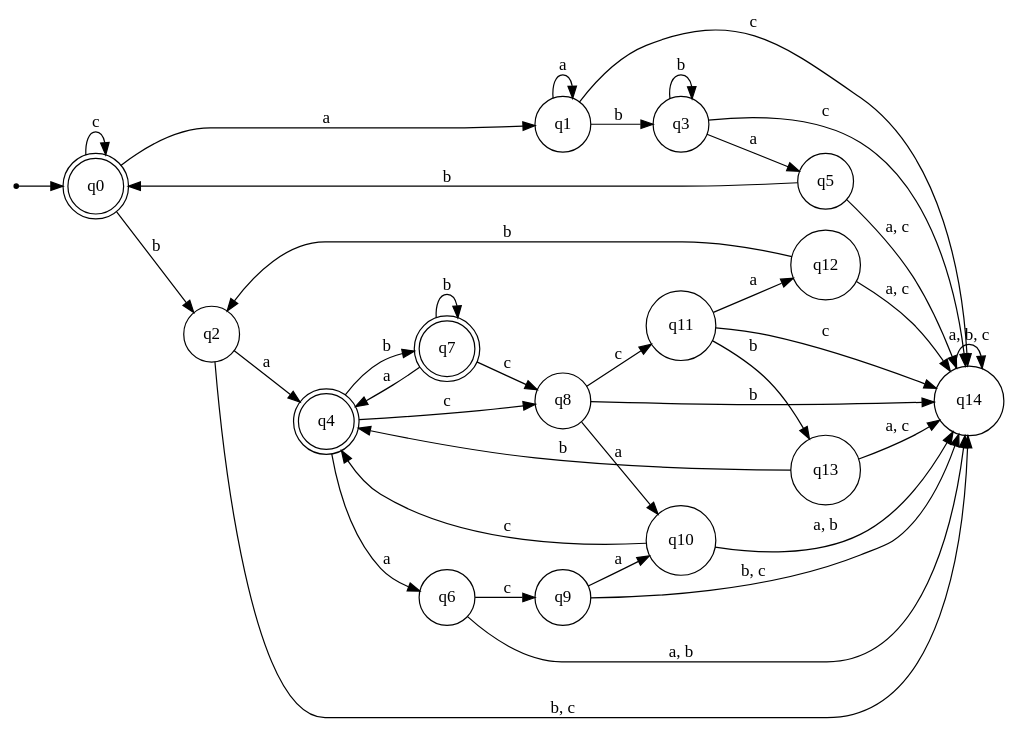
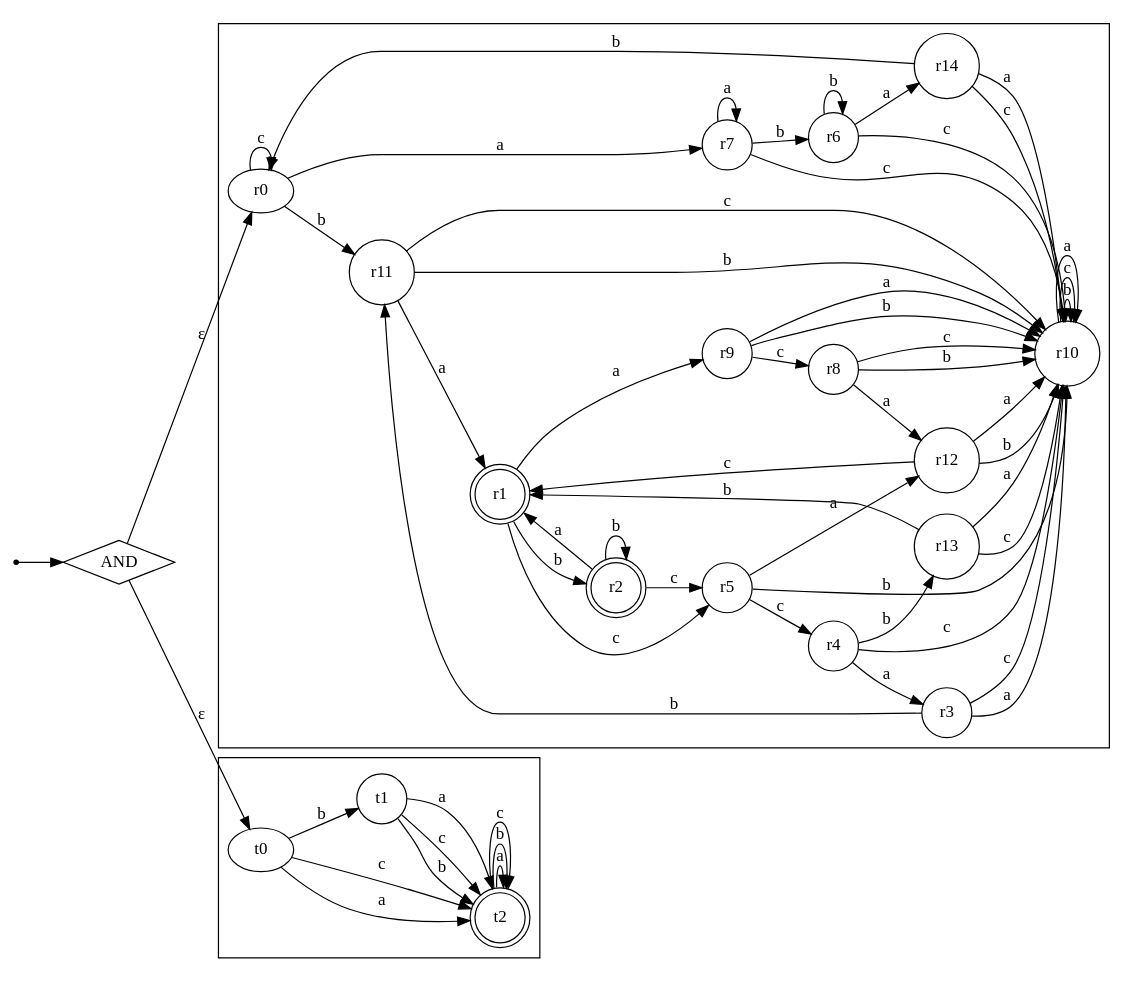
The diagram in lab2/pka.dot (grilzzz/tfl), drawn with Graphviz before and after one commit. The commit also changed 1 other file, not shown here.

```diff
--- a/lab2/pka.dot
+++ b/lab2/pka.dot
@@ -1,59 +1,101 @@
-digraph DFA {
+digraph PKA {
     rankdir=LR;
-    node [shape = doublecircle]; q0 q4 q7;
-    node [shape = circle];
 
-    qi [shape=point];
-    qi -> q0;
+    // Global start and conjunctive state
+    start [shape=point];
+    AND [shape=diamond, label="AND"];
+    start -> AND;
 
-    q0 -> q1  [label="a"];
-    q0 -> q2  [label="b"];
-    q0 -> q0  [label="c"];
+    // Epsilon-split into two DFAs
+    AND -> r0 [label="ε"];
+    AND -> t0 [label="ε"];
 
-    q1 -> q1  [label="a"];
-    q1 -> q3  [label="b"];
-    q1 -> q14 [label="c"];
+    // First component: minimal DFA for (aa*bb*ab | c*)*(ba(b | (c | ac)ac | cc(bb | aba))*)*
+    subgraph cluster_regex {
+        
+        node [shape=doublecircle]; r0 r1 r2;
+        node [shape=circle];
 
-    q2 -> q4  [label="a"];
-    q2 -> q14 [label="b, c"];
+        r0 -> r11 [label="b"];
+        r0 -> r0  [label="c"];
+        r0 -> r7  [label="a"];
 
-    q3 -> q5  [label="a"];
-    q3 -> q3  [label="b"];
-    q3 -> q14 [label="c"];
+        r1 -> r2  [label="b"];
+        r1 -> r5  [label="c"];
+        r1 -> r9  [label="a"];
 
-    q4 -> q6  [label="a"];
-    q4 -> q7  [label="b"];
-    q4 -> q8  [label="c"];
+        r2 -> r2  [label="b"];
+        r2 -> r5  [label="c"];
+        r2 -> r1  [label="a"];
 
-    q5 -> q14 [label="a, c"];
-    q5 -> q0  [label="b"];
+        r3 -> r11 [label="b"];
+        r3 -> r10 [label="c"];
+        r3 -> r10 [label="a"];
 
-    q6 -> q14 [label="a, b"];
-    q6 -> q9  [label="c"];
+        r4 -> r13 [label="b"];
+        r4 -> r10 [label="c"];
+        r4 -> r3  [label="a"];
 
-    q7 -> q4  [label="a"];
-    q7 -> q7  [label="b"];
-    q7 -> q8  [label="c"];
+        r5 -> r10 [label="b"];
+        r5 -> r4  [label="c"];
+        r5 -> r12 [label="a"];
 
-    q8 -> q10 [label="a"];
-    q8 -> q14 [label="b"];
-    q8 -> q11 [label="c"];
+        r6 -> r6  [label="b"];
+        r6 -> r10 [label="c"];
+        r6 -> r14 [label="a"];
 
-    q9 -> q10 [label="a"];
-    q9 -> q14 [label="b, c"];
+        r7 -> r6  [label="b"];
+        r7 -> r10 [label="c"];
+        r7 -> r7  [label="a"];
 
-    q10 -> q14 [label="a, b"];
-    q10 -> q4  [label="c"];
+        r8 -> r10 [label="b"];
+        r8 -> r10 [label="c"];
+        r8 -> r12 [label="a"];
 
-    q11 -> q12 [label="a"];
-    q11 -> q13 [label="b"];
-    q11 -> q14 [label="c"];
+        r9 -> r10 [label="b"];
+        r9 -> r8  [label="c"];
+        r9 -> r10 [label="a"];
 
-    q12 -> q14 [label="a, c"];
-    q12 -> q2  [label="b"];
+        // r10 is the dead/sink state
+        r10 -> r10 [label="b"];
+        r10 -> r10 [label="c"];
+        r10 -> r10 [label="a"];
 
-    q13 -> q14 [label="a, c"];
-    q13 -> q4  [label="b"];
+        r11 -> r10 [label="b"];
+        r11 -> r10 [label="c"];
+        r11 -> r1  [label="a"];
 
-    q14 -> q14 [label="a, b, c"];
+        r12 -> r10 [label="b"];
+        r12 -> r1  [label="c"];
+        r12 -> r10 [label="a"];
+
+        r13 -> r1  [label="b"];
+        r13 -> r10 [label="c"];
+        r13 -> r10 [label="a"];
+
+        r14 -> r0  [label="b"];
+        r14 -> r10 [label="c"];
+        r14 -> r10 [label="a"];
+    }
+
+    subgraph cluster_filter {
+
+        node [shape=doublecircle]; t0 t2;
+        node [shape=circle];
+
+        // t0: start, accepting, so ε (empty word) allowed; only "b" alone is rejected.
+        t0 -> t1 [label="b"];
+        t0 -> t2 [label="a"];
+        t0 -> t2 [label="c"];
+
+        // t1: we have read exactly "b" so far (non-accepting)
+        t1 -> t2 [label="a"];
+        t1 -> t2 [label="b"];
+        t1 -> t2 [label="c"];
+
+        // t2: any other word (length ≥1 and != "b"), accepting sink
+        t2 -> t2 [label="a"];
+        t2 -> t2 [label="b"];
+        t2 -> t2 [label="c"];
+    }
 }
```
